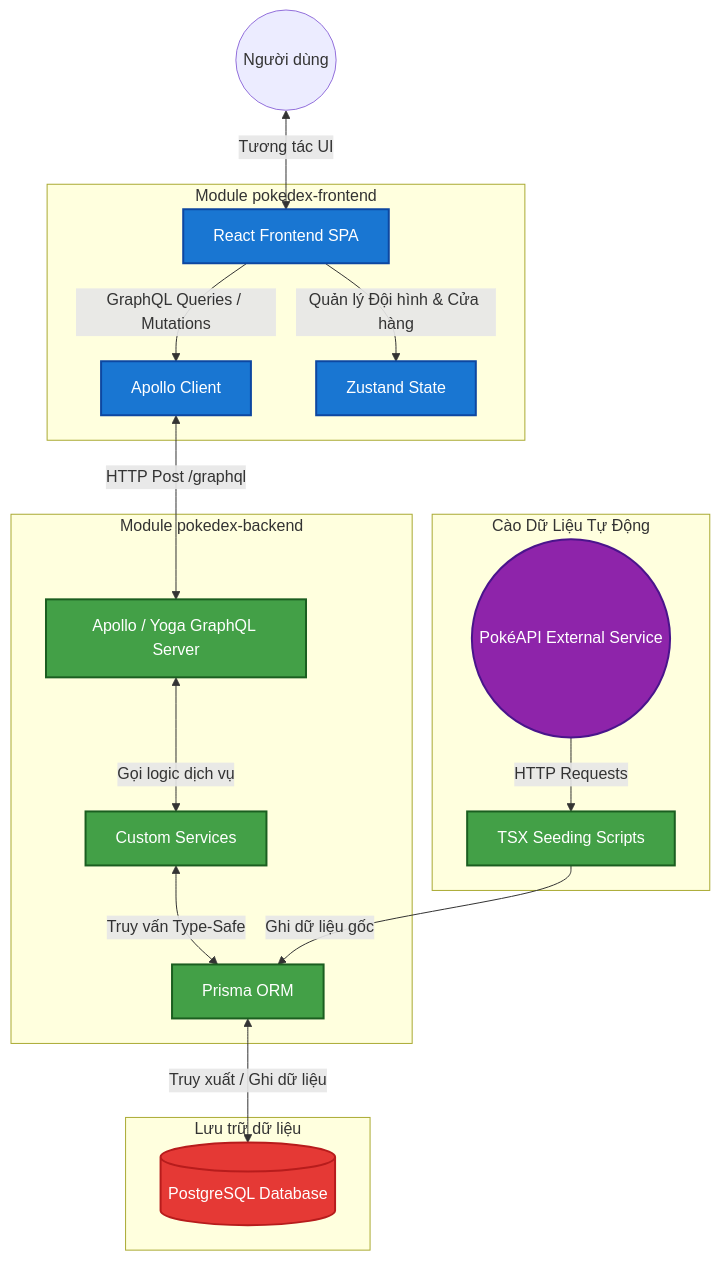
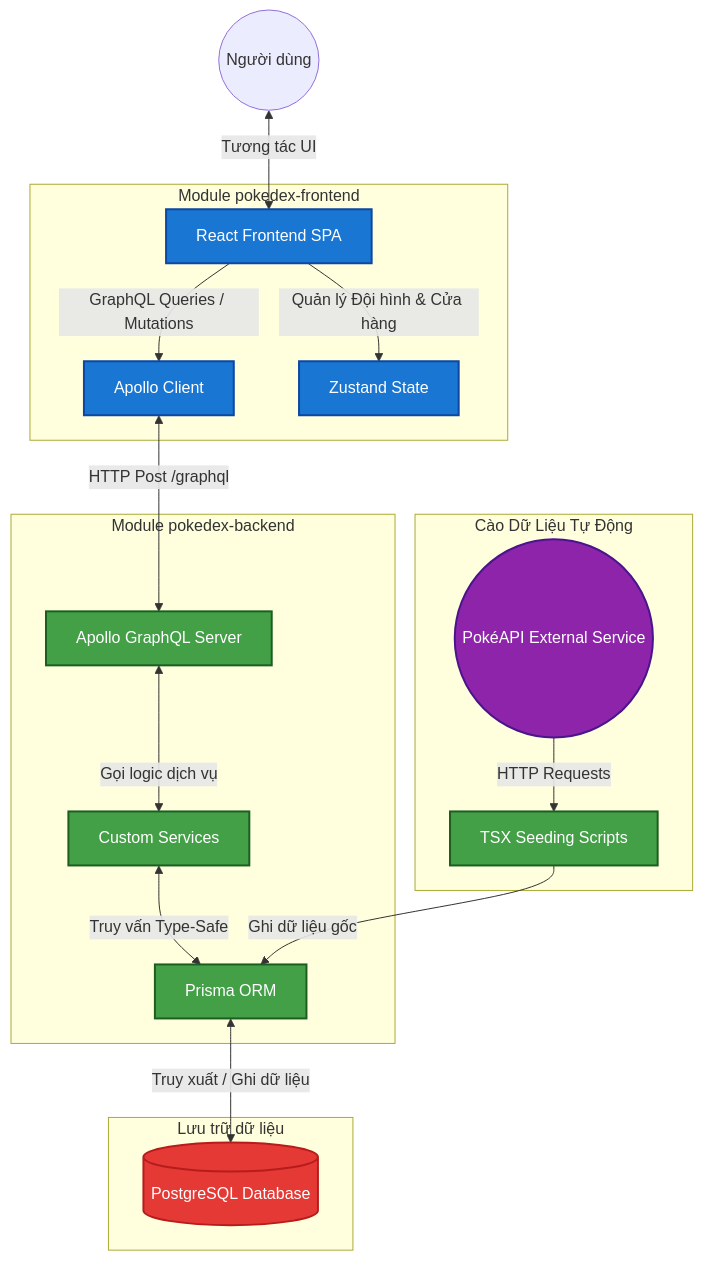
Before and after one commit to AnhhTuann/pokedex: the diagram in README.md, drawn with Mermaid. The commit also changed other lines of this file and 30 other files, not shown here.

````diff
--- a/README.md
+++ b/README.md
@@ -35,36 +35,36 @@
 ```mermaid
 flowchart TD
     %% Định nghĩa các node chính
     User((Người dùng)) <-->|Tương tác UI| FE[React Frontend SPA]
     
     subgraph Frontend [Module pokedex-frontend]
         FE -->|GraphQL Queries / Mutations| Apollo[Apollo Client]
         FE -->|Quản lý Đội hình & Cửa hàng| Zustand[Zustand State]
     end
 
     subgraph Backend [Module pokedex-backend]
-        Apollo <-->|HTTP Post /graphql| GQLServer[Apollo / Yoga GraphQL Server]
+        Apollo <-->|HTTP Post /graphql| GQLServer[Apollo GraphQL Server]
         GQLServer <-->|Gọi logic dịch vụ| Services[Custom Services]
         Services <-->|Truy vấn Type-Safe| Prisma[Prisma ORM]
     end
 
     subgraph Database [Lưu trữ dữ liệu]
         Prisma <-->|Truy xuất / Ghi dữ liệu| DB[(PostgreSQL Database)]
     end
 
     subgraph Seeding [Cào Dữ Liệu Tự Động]
         PokeAPI((PokéAPI External Service)) -->|HTTP Requests| Scripts[TSX Seeding Scripts]
         Scripts -->|Ghi dữ liệu gốc| Prisma
     end
 
     %% Định dạng màu sắc sơ đồ
     classDef feColor fill:#1976d2,stroke:#0d47a1,stroke-width:2px,color:#fff;
     classDef beColor fill:#43a047,stroke:#1b5e20,stroke-width:2px,color:#fff;
     classDef dbColor fill:#e53935,stroke:#b71c1c,stroke-width:2px,color:#fff;
     classDef apiColor fill:#8e24aa,stroke:#4a148c,stroke-width:2px,color:#fff;
     
     class FE,Apollo,Zustand feColor;
     class GQLServer,Services,Prisma,Scripts beColor;
     class DB dbColor;
     class PokeAPI apiColor;
 ```
````
